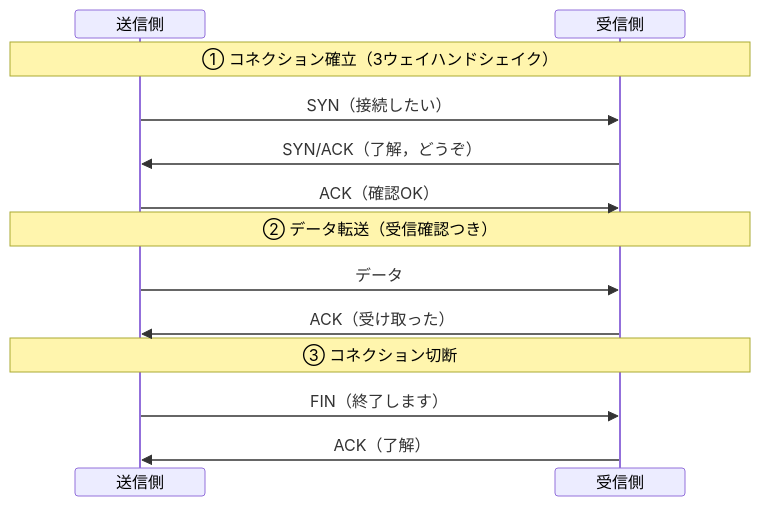
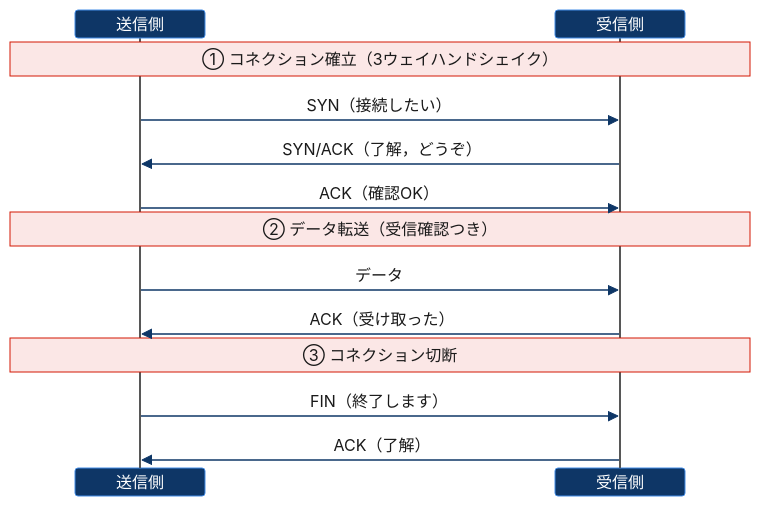
The first of 4 diagrams in posts/2026-06-16-computer-network/index.qmd (RyoNakagami/regmonkey-presentation), drawn with Mermaid before and after one commit. The commit also changed other lines of this file and 25 other files, not shown here.

````diff
--- a/posts/2026-06-16-computer-network/index.qmd
+++ b/posts/2026-06-16-computer-network/index.qmd
@@ -614,32 +621,54 @@
 ```{mermaid}
 %%| fig-width: 8
-%%{ init: {
-    'theme': 'default',
+%%{
+  init: {
+    'theme': 'base',
     'themeVariables': {
-        'fontFamily': 'Meiryo'
+      'fontFamily': 'Meiryo',
+      'primaryColor': '#E8F1FE',
+      'primaryTextColor': '#1A1A1A',
+      'primaryBorderColor': '#428CE6',
+      'secondaryColor': '#B4D7FF',
+      'tertiaryColor': '#E8F1FE',
+      'noteBkgColor': '#FBE7E6',
+      'noteTextColor': '#1A1A1A',
+      'noteBorderColor': '#D31804',
+      'activationBorderColor': '#0E3666',
+      'activationBkgColor': '#B4D7FF',
+      'sequenceNumberColor': '#FFFFFF',
+      'actorBkg': '#0E3666',
+      'actorTextColor': '#FFFFFF',
+      'actorLineColor': '#575757',
+      'labelBoxBkgColor': '#E8F1FE',
+      'labelBoxBorderColor': '#428CE6',
+      'labelTextColor': '#0E3666',
+      'loopTextColor': '#0E3666',
+      'signalColor': '#0E3666',
+      'signalTextColor': '#1A1A1A'
     },
     'sequence': {
-        'useMaxWidth': true,
-        'actorMargin': 260,
-        'width': 130,
-        'height': 28,
-        'boxMargin': 4,
-        'boxTextMargin': 3,
-        'noteMargin': 6,
-        'messageMargin': 18
+      'useMaxWidth': true,
+      'actorMargin': 260,
+      'width': 130,
+      'height': 28,
+      'boxMargin': 4,
+      'boxTextMargin': 3,
+      'noteMargin': 6,
+      'messageMargin': 18
     }
-} }%%
+  }
+}%%
 sequenceDiagram
     participant C as 送信側
     participant S as 受信側
     Note over C,S: ① コネクション確立（3ウェイハンドシェイク）
     C->>S: SYN（接続したい）
     S->>C: SYN/ACK（了解，どうぞ）
     C->>S: ACK（確認OK）
     Note over C,S: ② データ転送（受信確認つき）
     C->>S: データ
     S->>C: ACK（受け取った）
     Note over C,S: ③ コネクション切断
     C->>S: FIN（終了します）
     S->>C: ACK（了解）
 ```
````
